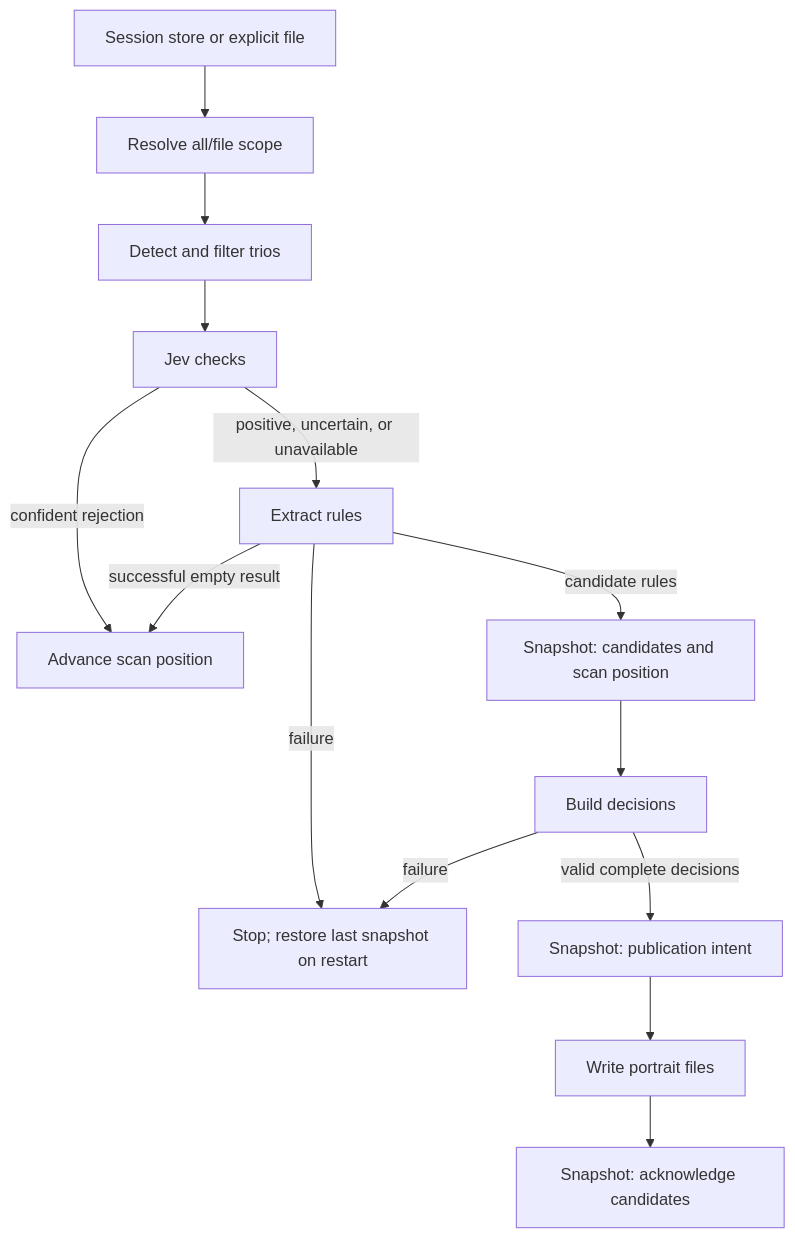
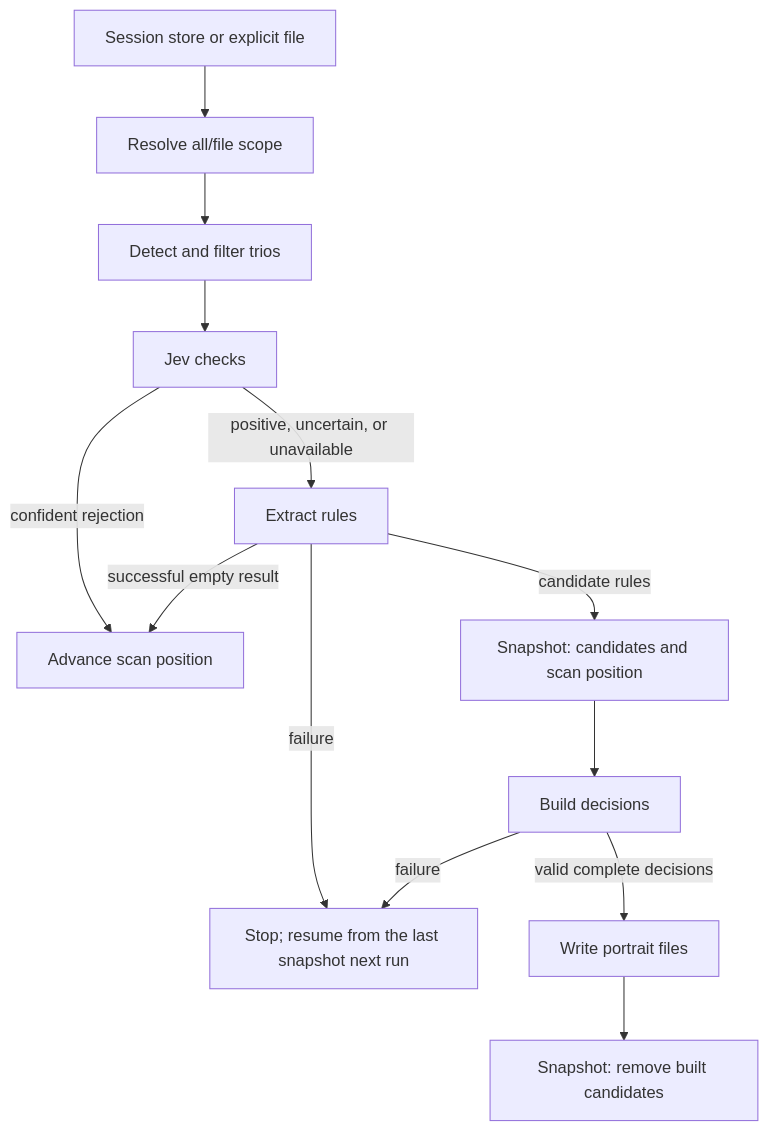
The diagram in md/architecture.md (contactwlkLA/pi-session-compass), drawn with Mermaid before and after one commit. The commit also changed other lines of this file and 9 other files, not shown here.

Commit message:
S3-B2-01: whole-batch builder validation (unknown, duplicate, missing refs; merge/evict clashes); all-skip batch writes nothing. Docs: simple-rollback trim applied to architecture §6, plan S3, stage-3-task Part B; Part B gate; ledger

````diff
--- a/md/architecture.md
+++ b/md/architecture.md
@@ -58,16 +58,15 @@
 ```mermaid
 flowchart TD
     S["Session store or explicit file"] --> R["Resolve all/file scope"]
     R --> D["Detect and filter trios"]
     D --> G["Jev checks"]
     G -->|"confident rejection"| C["Advance scan position"]
     G -->|"positive, uncertain, or unavailable"| E["Extract rules"]
     E -->|"successful empty result"| C
     E -->|"candidate rules"| Q["Snapshot: candidates and scan position"]
-    E -->|"failure"| H["Stop; restore last snapshot on restart"]
+    E -->|"failure"| H["Stop; resume from the last snapshot next run"]
     Q --> B["Build decisions"]
-    B -->|"valid complete decisions"| I["Snapshot: publication intent"]
+    B -->|"valid complete decisions"| P["Write portrait files"]
     B -->|"failure"| H
-    I --> P["Write portrait files"]
-    P --> A["Snapshot: acknowledge candidates"]
+    P --> A["Snapshot: remove built candidates"]
 ```
````
